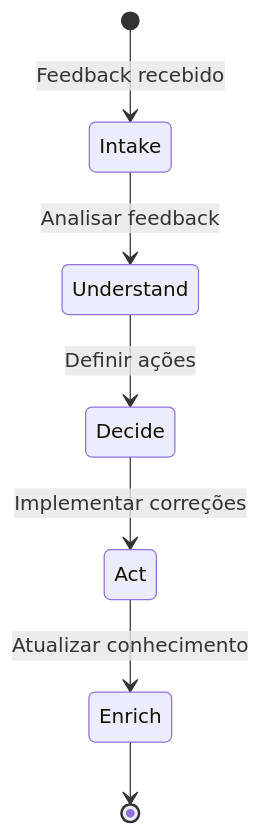
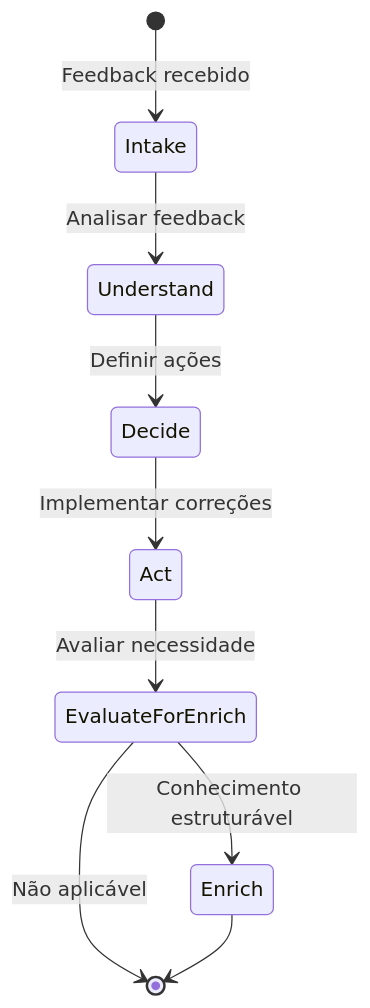
One commit to netomantonio/matrix-protocol changed the seventh of 14 diagrams in ZWF_ZION_WORKFLOW_FRAMEWORK.md. Above: the diagram before and after it, drawn with Mermaid. The commit also changed other lines of this file, not shown here.

````diff
--- a/ZWF_ZION_WORKFLOW_FRAMEWORK.md
+++ b/ZWF_ZION_WORKFLOW_FRAMEWORK.md
@@ -784,9 +1056,11 @@
 ```mermaid
 stateDiagram-v2
     [*] --> Intake: Feedback recebido
     Intake --> Understand: Analisar feedback
     Understand --> Decide: Definir ações
     Decide --> Act: Implementar correções
-    Act --> Enrich: Atualizar conhecimento
+    Act --> EvaluateForEnrich: Avaliar necessidade
+    EvaluateForEnrich --> Enrich: Conhecimento estruturável
+    EvaluateForEnrich --> [*]: Não aplicável
     Enrich --> [*]
 ```
````
